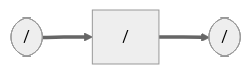
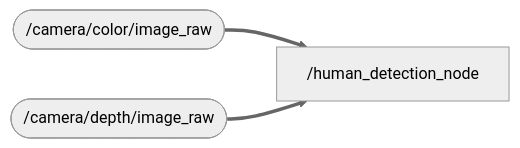
The diagram in README.md (iHaruruki/human_detection), drawn with Mermaid (neutral theme) before and after one commit. The commit also changed other lines of this file, not shown here.

````diff
--- a/README.md
+++ b/README.md
@@ -3,4 +4,4 @@
 ```mermaid
 flowchart LR
-    A(["/"]) ==> B["/"] ==> C(["/"])
+    A(["/camera/color/image_raw"]) & B(["/camera/depth/image_raw"]) ==> C["/human_detection_node"]
 ```
````
